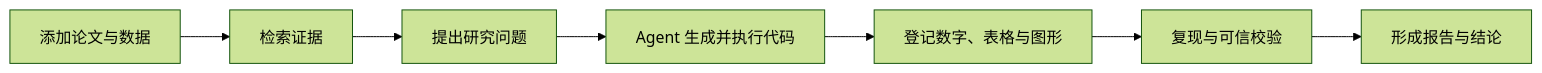
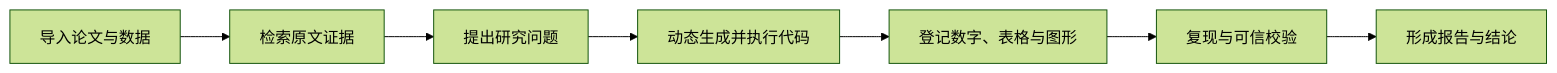
Before and after one commit to telawang91-dotcom/reprolab: the first of 2 diagrams in README.md, drawn with Mermaid (forest theme). The commit also changed other lines of this file, not shown here.

````diff
--- a/README.md
+++ b/README.md
@@ -140,9 +53,9 @@
 ```mermaid
 flowchart LR
-    A[添加论文与数据] --> B[检索证据]
+    A[导入论文与数据] --> B[检索原文证据]
     B --> C[提出研究问题]
-    C --> D[Agent 生成并执行代码]
+    C --> D[动态生成并执行代码]
     D --> E[登记数字、表格与图形]
     E --> F[复现与可信校验]
     F --> G[形成报告与结论]
 ```
````
